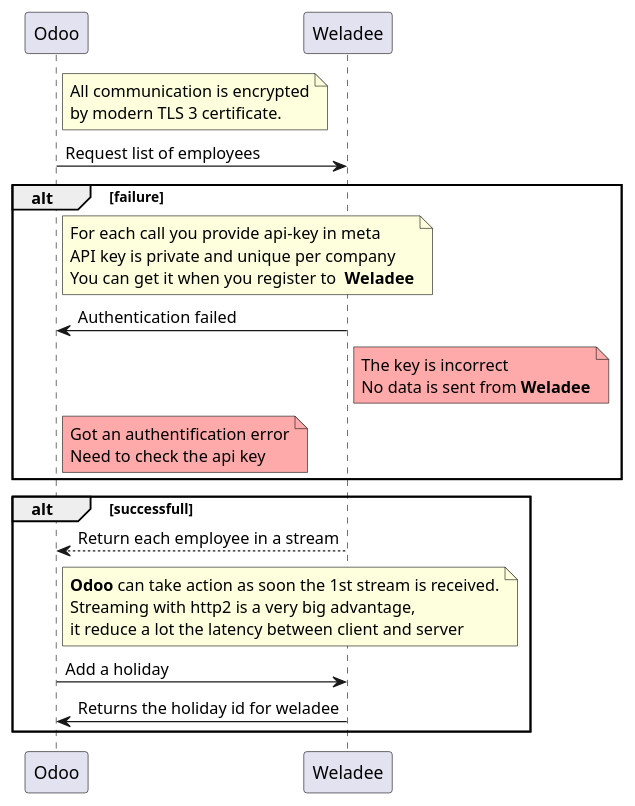
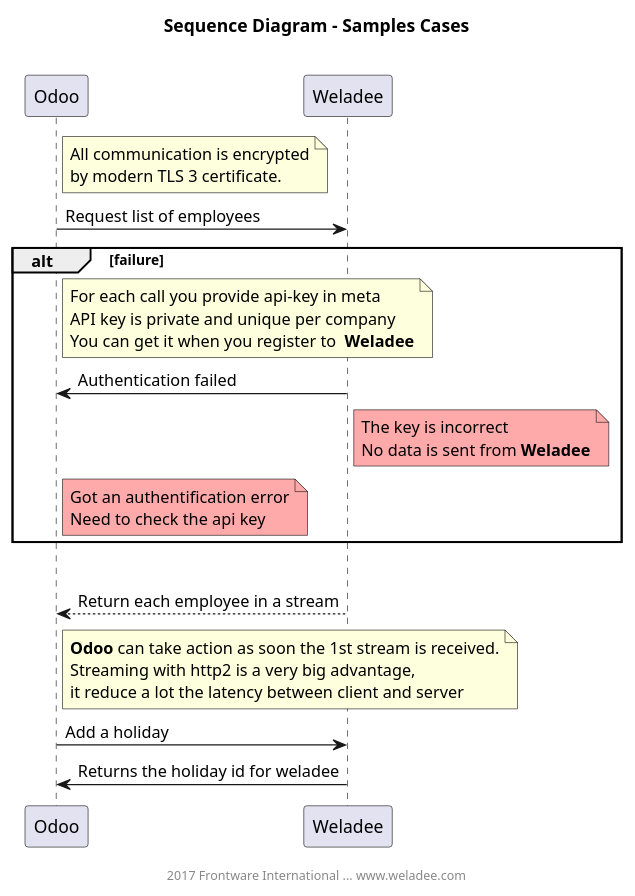
The diagram in weladee-odoo.puml (Frontware/Weladee-odoo), drawn with PlantUML before and after one commit. The commit also changed 1 other file, not shown here.

Commit message:
[ADD] uml Sequence Diagram - Samples Cases

```diff
--- a/weladee-odoo.puml
+++ b/weladee-odoo.puml
@@ -3,33 +3,42 @@
 @startuml
+
+title Sequence Diagram - Samples Cases\n
+
 note right Odoo
     All communication is encrypted
     by modern TLS 3 certificate.
 end note
 Odoo -> Weladee: Request list of employees
 alt failure
     note right Odoo
         For each call you provide api-key in meta
         API key is private and unique per company
         You can get it when you register to  **Weladee**
     end note
     Weladee -> Odoo: Authentication failed
     note right Weladee #FFAAAA
         The key is incorrect
         No data is sent from **Weladee**
     end note
     note right Odoo #FFAAAA
         Got an authentification error
         Need to check the api key
     end note
 end
 alt successfull
     Weladee --> Odoo: Return each employee in a stream
     note right Odoo
         **Odoo** can take action as soon the 1st stream is received.
         Streaming with http2 is a very big advantage,
         it reduce a lot the latency between client and server
     end note
     Odoo -> Weladee: Add a holiday
     Odoo <- Weladee: Returns the holiday id for weladee
-end
+
+
+footer
+
+2017 Frontware International ... www.weladee.com
+end footer
+
 @enduml
```
